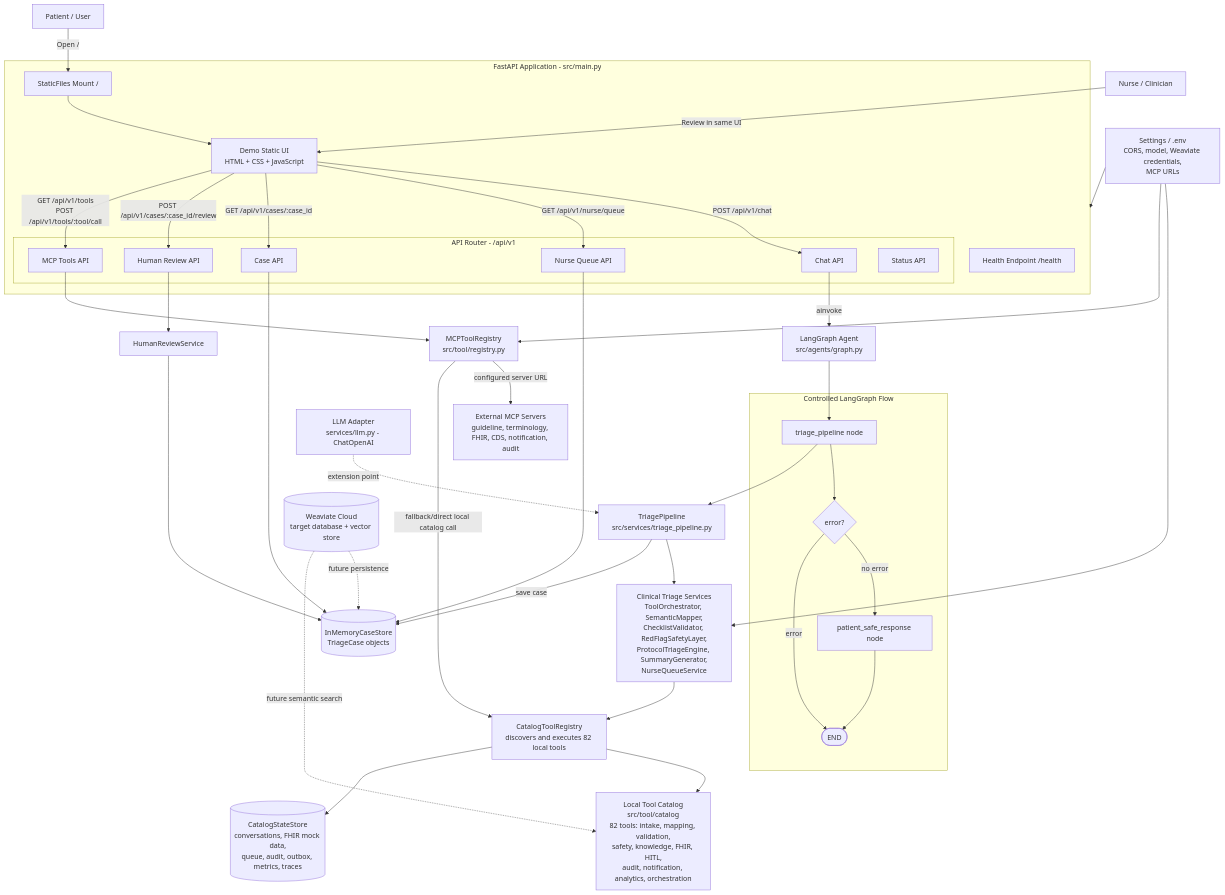
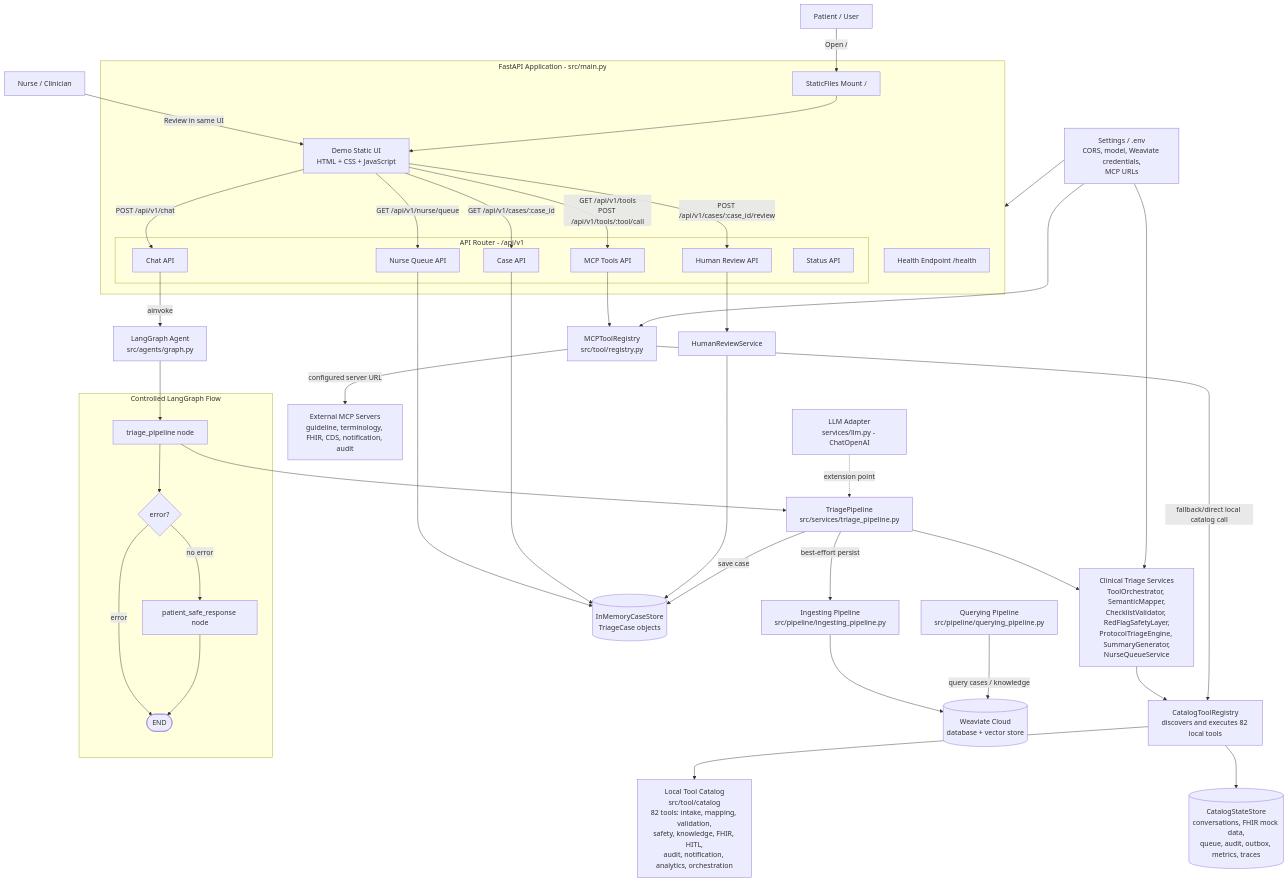
Before and after one commit to tuananhpham-vnu/VmedTriage_MicroGenius: the first of 4 diagrams in ARCHITECTURE.md, drawn with Mermaid. The commit also changed other lines of this file and 11 other files, not shown here.

````diff
--- a/ARCHITECTURE.md
+++ b/ARCHITECTURE.md
@@ -11,68 +11,69 @@
 ```mermaid
 graph TB
     Patient[Patient / User] -->|Open /| StaticMount
     Nurse[Nurse / Clinician] -->|Review in same UI| StaticUI
 
     StaticUI -->|POST /api/v1/chat| ChatAPI[Chat API]
     StaticUI -->|GET /api/v1/nurse/queue| QueueAPI[Nurse Queue API]
     StaticUI -->|GET /api/v1/cases/:case_id| CaseAPI[Case API]
     StaticUI -->|POST /api/v1/cases/:case_id/review| ReviewAPI[Human Review API]
     StaticUI -->|GET /api/v1/tools<br/>POST /api/v1/tools/:tool/call| ToolsAPI[MCP Tools API]
 
     subgraph FastAPIApp[FastAPI Application - src/main.py]
         StaticMount[StaticFiles Mount /]
         Health[Health Endpoint /health]
         StaticMount --> StaticUI[Demo Static UI<br/>HTML + CSS + JavaScript]
 
         subgraph APIRoutes[API Router - /api/v1]
             ChatAPI
             QueueAPI
             CaseAPI
             ReviewAPI
             ToolsAPI
             StatusAPI[Status API]
         end
     end
 
     ChatAPI -->|ainvoke| Agent[LangGraph Agent<br/>src/agents/graph.py]
 
     subgraph LangGraph[Controlled LangGraph Flow]
         TriageNode[triage_pipeline node]
         Decision{error?}
         RespondNode[patient_safe_response node]
         EndNode([END])
 
         TriageNode --> Decision
         Decision -->|no error| RespondNode
         Decision -->|error| EndNode
         RespondNode --> EndNode
     end
 
     Agent --> TriageNode
     TriageNode --> Pipeline[TriagePipeline<br/>src/services/triage_pipeline.py]
 
     Pipeline --> ClinicalServices[Clinical Triage Services<br/>ToolOrchestrator, SemanticMapper,<br/>ChecklistValidator, RedFlagSafetyLayer,<br/>ProtocolTriageEngine, SummaryGenerator,<br/>NurseQueueService]
 
     ClinicalServices --> CatalogRegistry[CatalogToolRegistry<br/>discovers and executes 82 local tools]
     CatalogRegistry --> LocalToolCatalog[Local Tool Catalog<br/>src/tool/catalog<br/>82 tools: intake, mapping, validation,<br/>safety, knowledge, FHIR, HITL,<br/>audit, notification, analytics, orchestration]
 
     ToolsAPI --> MCPRegistry[MCPToolRegistry<br/>src/tool/registry.py]
     MCPRegistry -->|configured server URL| ExternalMCP[External MCP Servers<br/>guideline, terminology, FHIR, CDS, notification, audit]
     MCPRegistry -->|fallback/direct local catalog call| CatalogRegistry
 
     QueueAPI --> CaseStore[(InMemoryCaseStore<br/>TriageCase objects)]
     CaseAPI --> CaseStore
     ReviewAPI --> HumanReview[HumanReviewService]
     HumanReview --> CaseStore
     Pipeline -->|save case| CaseStore
 
     CatalogRegistry --> CatalogState[(CatalogStateStore<br/>conversations, FHIR mock data,<br/>queue, audit, outbox, metrics, traces)]
 
     Settings[Settings / .env<br/>CORS, model, Weaviate credentials,<br/>MCP URLs] --> FastAPIApp
     Settings --> ClinicalServices
     Settings --> MCPRegistry
 
     LLMAdapter[LLM Adapter<br/>services/llm.py - ChatOpenAI] -. extension point .-> Pipeline
-    WeaviateCloud[(Weaviate Cloud<br/>target database + vector store)] -. future persistence .-> CaseStore
-    WeaviateCloud -. future semantic search .-> LocalToolCatalog
+    Pipeline -->|best-effort persist| IngestPipeline[Ingesting Pipeline<br/>src/pipeline/ingesting_pipeline.py]
+    IngestPipeline --> WeaviateCloud[(Weaviate Cloud<br/>database + vector store)]
+    QueryPipeline[Querying Pipeline<br/>src/pipeline/querying_pipeline.py] -->|query cases / knowledge| WeaviateCloud
 ```
````
